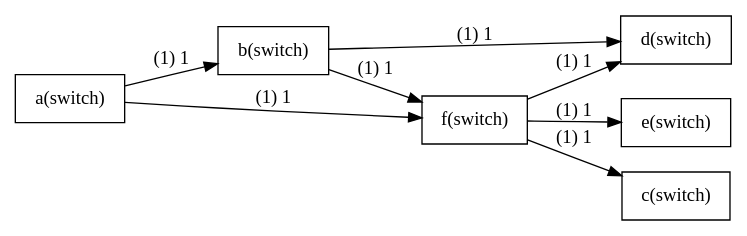
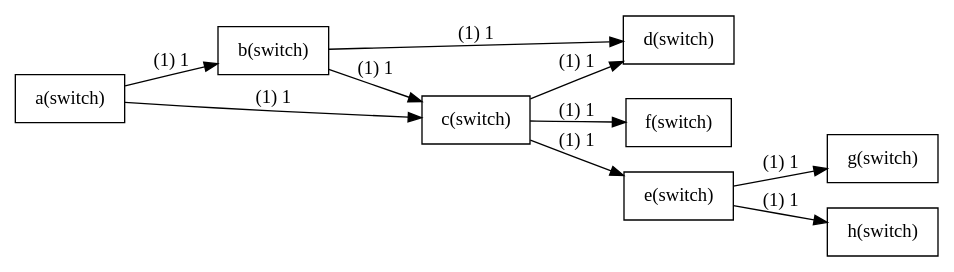
Before and after one commit to Chen-Hsi-Feng/2019-spring-gt: the diagram in plot.dot, drawn with Graphviz. The commit also changed 2 other files, not shown here.

```diff
--- a/plot.dot
+++ b/plot.dot
@@ -1,27 +1,33 @@
 digraph G{
 rankdir=LR;
 node [shape=record];
 
 a [label="a(switch)"];
 b [label="b(switch)"];
 a->b[label="(1) 1"];
 a [label="a(switch)"];
-f [label="f(switch)"];
-a->f[label="(1) 1"];
+c [label="c(switch)"];
+a->c[label="(1) 1"];
 b [label="b(switch)"];
-f [label="f(switch)"];
-b->f[label="(1) 1"];
-f [label="f(switch)"];
-e [label="e(switch)"];
-f->e[label="(1) 1"];
-f [label="f(switch)"];
-d [label="d(switch)"];
-f->d[label="(1) 1"];
-f [label="f(switch)"];
 c [label="c(switch)"];
-f->c[label="(1) 1"];
+b->c[label="(1) 1"];
 b [label="b(switch)"];
 d [label="d(switch)"];
 b->d[label="(1) 1"];
+c [label="c(switch)"];
+d [label="d(switch)"];
+c->d[label="(1) 1"];
+c [label="c(switch)"];
+f [label="f(switch)"];
+c->f[label="(1) 1"];
+c [label="c(switch)"];
+e [label="e(switch)"];
+c->e[label="(1) 1"];
+e [label="e(switch)"];
+g [label="g(switch)"];
+e->g[label="(1) 1"];
+e [label="e(switch)"];
+h [label="h(switch)"];
+e->h[label="(1) 1"];
 
 }
```
